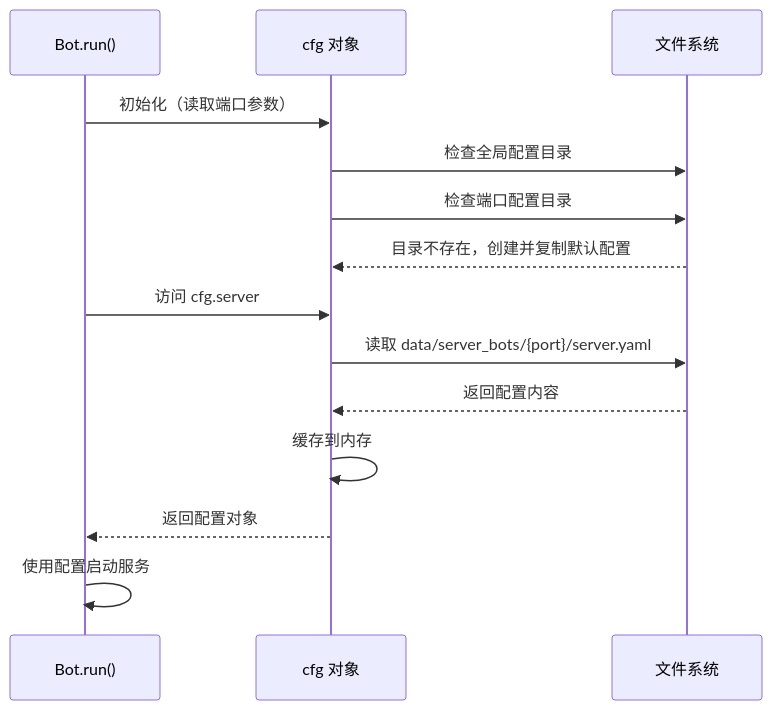
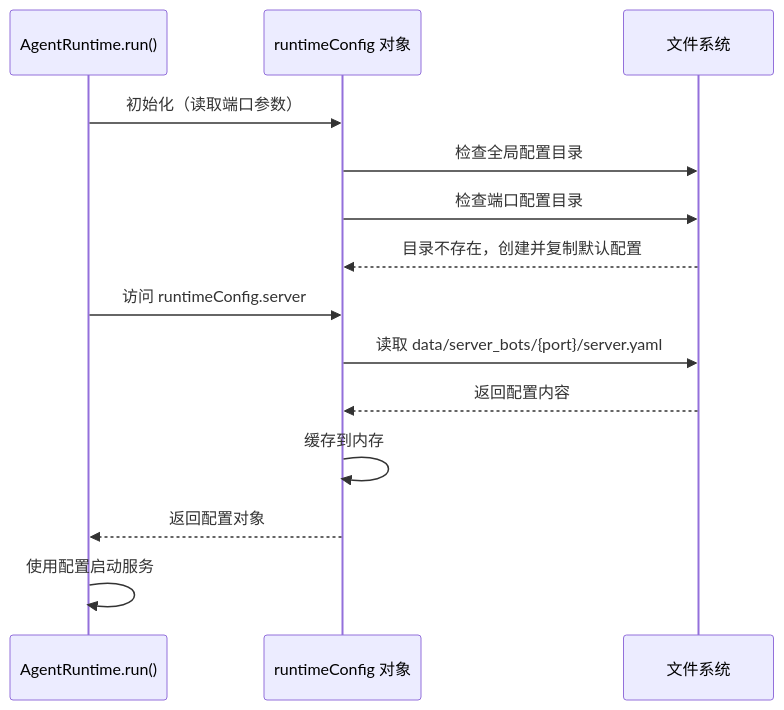
Before and after one commit to sunflowermm/XRK-AGT: the second of 8 diagrams in docs/app-dev.md, drawn with Mermaid. The commit also changed other lines of this file and 315 other files, not shown here.

````diff
--- a/docs/app-dev.md
+++ b/docs/app-dev.md
@@ -181,17 +181,17 @@
 ```mermaid
 sequenceDiagram
-    participant Bot as Bot.run()
-    participant Cfg as cfg 对象
+    participant AgentRuntime as AgentRuntime.run()
+    participant Cfg as runtimeConfig 对象
     participant File as 文件系统
     
-    Bot->>Cfg: 初始化（读取端口参数）
+    AgentRuntime->>Cfg: 初始化（读取端口参数）
     Cfg->>File: 检查全局配置目录
     Cfg->>File: 检查端口配置目录
     File-->>Cfg: 目录不存在，创建并复制默认配置
-    Bot->>Cfg: 访问 cfg.server
+    AgentRuntime->>Cfg: 访问 runtimeConfig.server
     Cfg->>File: 读取 data/server_bots/{port}/server.yaml
     File-->>Cfg: 返回配置内容
     Cfg->>Cfg: 缓存到内存
-    Cfg-->>Bot: 返回配置对象
-    Bot->>Bot: 使用配置启动服务
+    Cfg-->>AgentRuntime: 返回配置对象
+    AgentRuntime->>AgentRuntime: 使用配置启动服务
 ```
````
